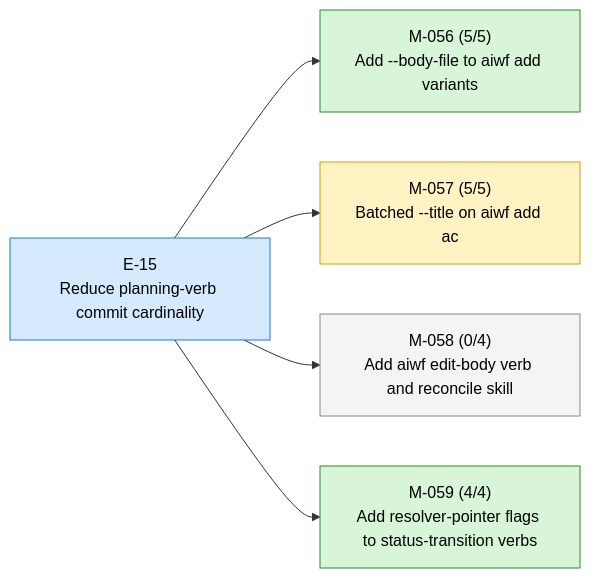
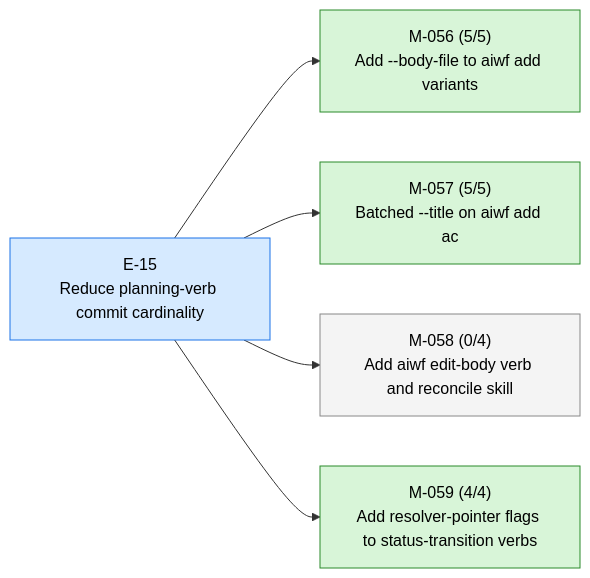
The first of 3 diagrams in STATUS.md (23min/aiwf), drawn with Mermaid before and after one commit. The commit also changed other lines of this file and 1 other file, not shown here.

First line of the commit message:
aiwf promote M-057 in_progress -> done

````diff
--- a/STATUS.md
+++ b/STATUS.md
@@ -14,18 +14,18 @@
 ```mermaid
 flowchart LR
   E_15["E-15<br/>Reduce planning-verb commit cardinality"]:::epic_active
   M_056["M-056 (5/5)<br/>Add --body-file to aiwf add variants"]:::ms_done
   E_15 --> M_056
-  M_057["M-057 (5/5)<br/>Batched --title on aiwf add ac"]:::ms_in_progress
+  M_057["M-057 (5/5)<br/>Batched --title on aiwf add ac"]:::ms_done
   E_15 --> M_057
   M_058["M-058 (0/4)<br/>Add aiwf edit-body verb and reconcile skill"]:::ms_draft
   E_15 --> M_058
   M_059["M-059 (4/4)<br/>Add resolver-pointer flags to status-transition verbs"]:::ms_done
   E_15 --> M_059
   classDef epic_active fill:#d6eaff,stroke:#1a73e8,color:#000
   classDef epic_proposed fill:#f4f4f4,stroke:#888,color:#000
   classDef ms_done fill:#d8f5d8,stroke:#2a8a2a,color:#000
   classDef ms_in_progress fill:#fff3c4,stroke:#caa400,color:#000
   classDef ms_draft fill:#f4f4f4,stroke:#888,color:#000
   classDef ms_cancelled fill:#fbeaea,stroke:#c33,color:#000
 ```
````
